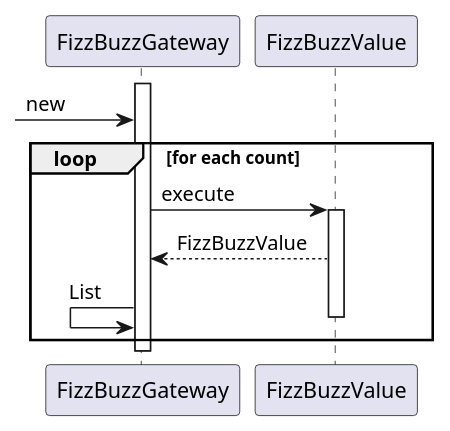
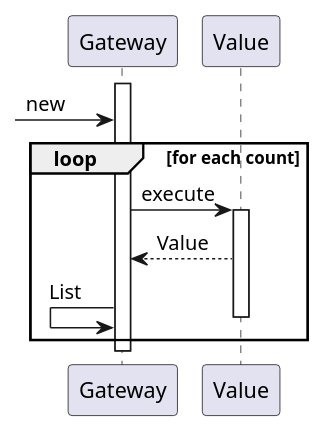
Before and after one commit to k2works/etude_for_java: the second of 8 diagrams in docs/src/fizzbuzz.md, drawn with PlantUML. The commit also changed other lines of this file and 9 other files, not shown here.

First line of the commit message:
FizzBuzz #EFJ-8

````diff
--- a/docs/src/fizzbuzz.md
+++ b/docs/src/fizzbuzz.md
@@ -100,14 +103,14 @@
 ```puml
 @startuml
-   activate FizzBuzzGateway
-   -> FizzBuzzGateway :new
+   activate Gateway
+   -> Gateway :new
    loop for each count
-      FizzBuzzGateway -> FizzBuzzValue :execute
-      activate FizzBuzzValue
-        FizzBuzzGateway <-- FizzBuzzValue :FizzBuzzValue
-        FizzBuzzGateway <- FizzBuzzGateway :List
-      deactivate FizzBuzzValue
+      Gateway -> Value :execute
+      activate Value
+        Gateway <-- Value :Value
+        Gateway <- Gateway :List
+      deactivate Value
    end
-   deactivate FizzBuzzGateway
+   deactivate Gateway
 @enduml
 ```
````
